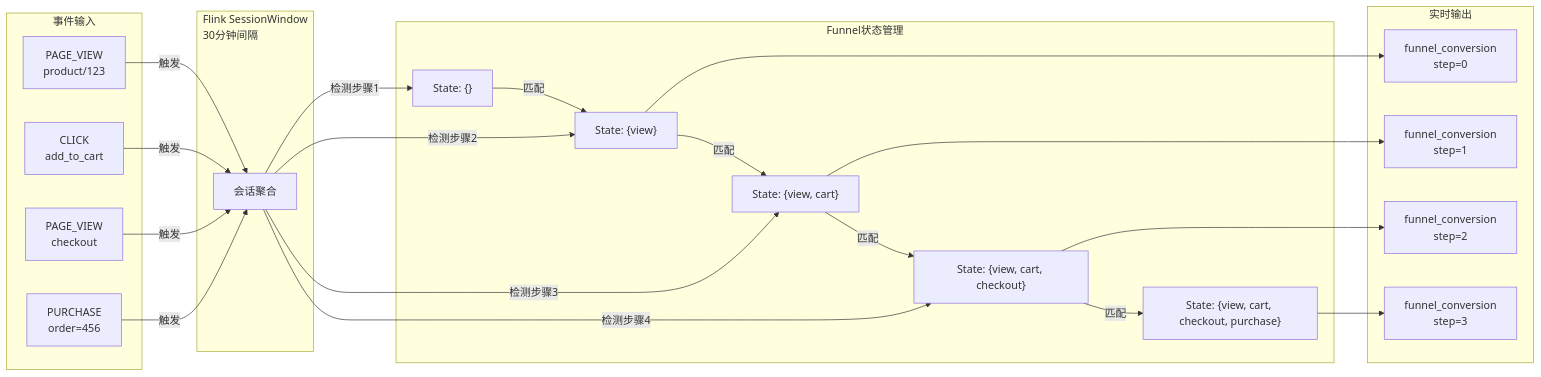
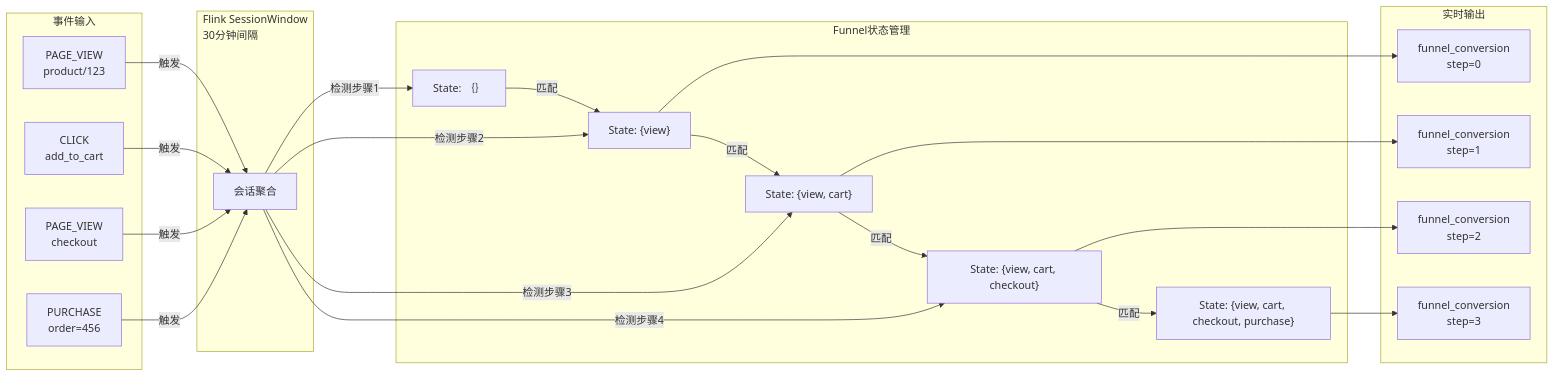
The second of 5 diagrams in Flink/09-practices/09.01-case-studies/case-clickstream-user-behavior-analytics.md (AdaMartin18010/AnalysisDataFlow), drawn with Mermaid before and after one commit. The commit also changed 253 other files, not shown here.

````diff
--- a/Flink/09-practices/09.01-case-studies/case-clickstream-user-behavior-analytics.md
+++ b/Flink/09-practices/09.01-case-studies/case-clickstream-user-behavior-analytics.md
@@ -1247,49 +1247,49 @@
 ```mermaid
 flowchart LR
     subgraph Events["事件输入"]
         E1["PAGE_VIEW<br/>product/123"]
         E2["CLICK<br/>add_to_cart"]
         E3["PAGE_VIEW<br/>checkout"]
         E4["PURCHASE<br/>order=456"]
     end
 
     subgraph SessionWindow["Flink SessionWindow<br/>30分钟间隔"]
         SW["会话聚合"]
     end
 
     subgraph FunnelState["Funnel状态管理"]
-        S0["State: {}"]
+        S0["State: ｛｝"]
         S1["State: {view}"]
         S2["State: {view, cart}"]
         S3["State: {view, cart, checkout}"]
         S4["State: {view, cart, checkout, purchase}"]
     end
 
     subgraph Output["实时输出"]
         O1[" funnel_conversion<br/>step=0"]
         O2[" funnel_conversion<br/>step=1"]
         O3[" funnel_conversion<br/>step=2"]
         O4[" funnel_conversion<br/>step=3"]
     end
 
     E1 -->|触发| SW
     E2 -->|触发| SW
     E3 -->|触发| SW
     E4 -->|触发| SW
 
     SW -->|检测步骤1| S0
     S0 -->|匹配| S1
     S1 --> O1
 
     SW -->|检测步骤2| S1
     S1 -->|匹配| S2
     S2 --> O2
 
     SW -->|检测步骤3| S2
     S2 -->|匹配| S3
     S3 --> O3
 
     SW -->|检测步骤4| S3
     S3 -->|匹配| S4
     S4 --> O4
 ```
````
